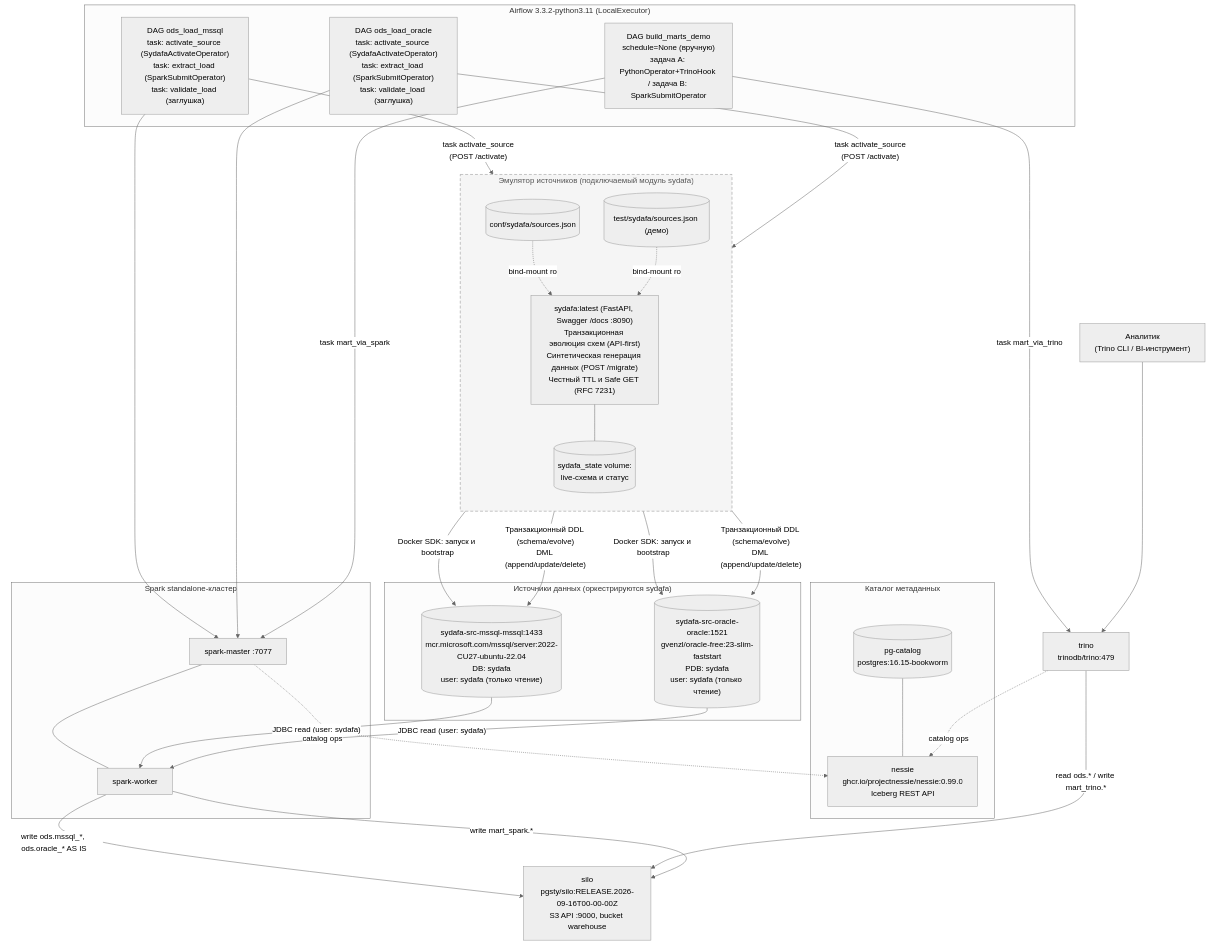
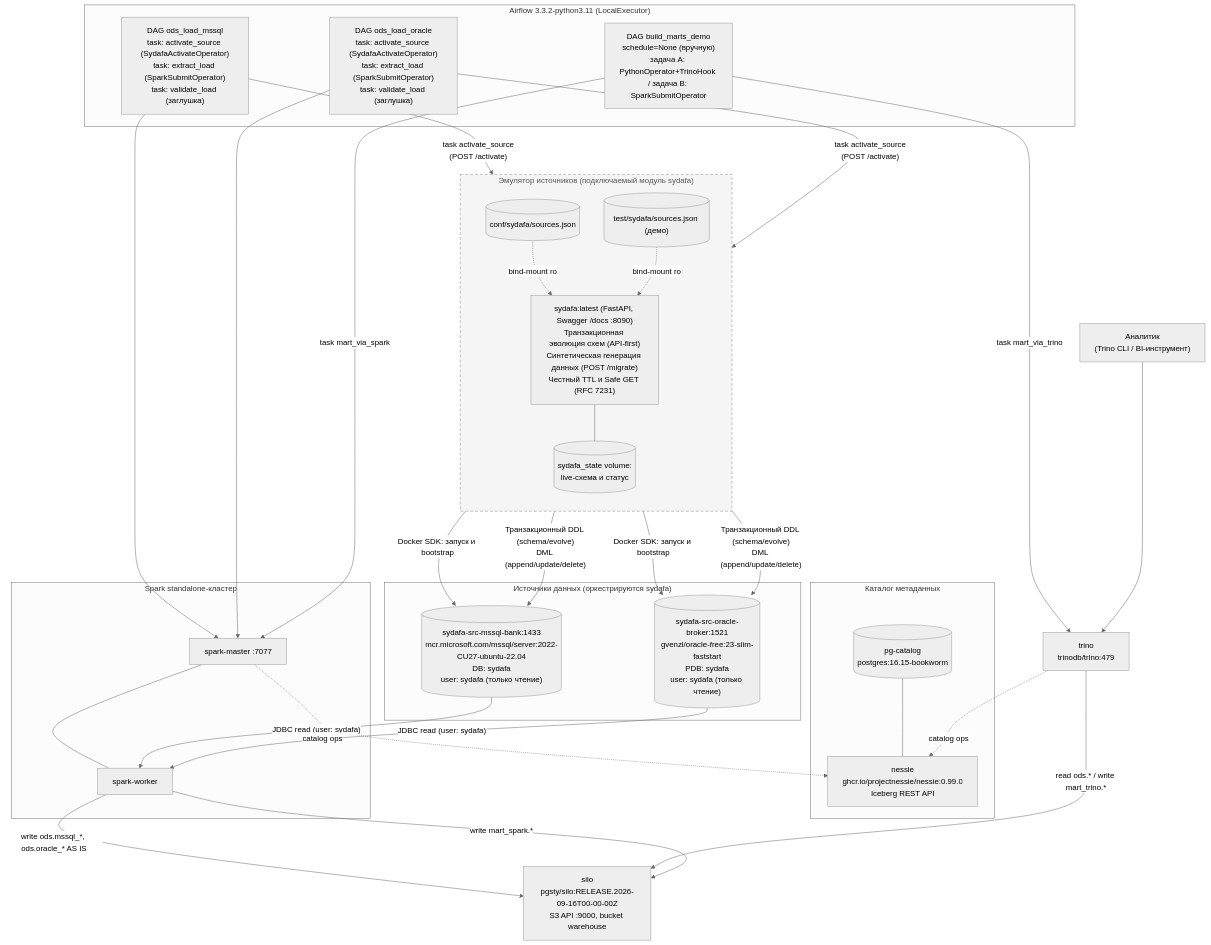
Before and after one commit to georgekochergin/datalake_stand: the diagram in README.md, drawn with Mermaid (neutral theme). The commit also changed other lines of this file and 3 other files, not shown here.

````diff
--- a/README.md
+++ b/README.md
@@ -26,67 +26,67 @@
 ```mermaid
 flowchart TB
     ANALYST["Аналитик\n(Trino CLI / BI-инструмент)"]
 
     subgraph Sources["Источники данных (оркестрируются sydafa)"]
-        MSSQL[("sydafa-src-mssql-mssql:1433\nmcr.microsoft.com/mssql/server:2022-CU27-ubuntu-22.04\nDB: sydafa\nuser: sydafa (только чтение)")]
-        ORA[("sydafa-src-oracle-oracle:1521\ngvenzl/oracle-free:23-slim-faststart\nPDB: sydafa\nuser: sydafa (только чтение)")]
+        MSSQL[("sydafa-src-mssql-bank:1433\nmcr.microsoft.com/mssql/server:2022-CU27-ubuntu-22.04\nDB: sydafa\nuser: sydafa (только чтение)")]
+        ORA[("sydafa-src-oracle-broker:1521\ngvenzl/oracle-free:23-slim-faststart\nPDB: sydafa\nuser: sydafa (только чтение)")]
     end
 
     subgraph SydafaService["Эмулятор источников (подключаемый модуль sydafa)"]
         direction TB
         CFG1[("conf/sydafa/sources.json")]
         CFG2[("test/sydafa/sources.json (демо)")]
         API["sydafa:latest (FastAPI, Swagger /docs :8090)\nТранзакционная эволюция схем (API-first)\nСинтетическая генерация данных (POST /migrate)\nЧестный TTL и Safe GET (RFC 7231)"]
         STATE[("sydafa_state volume:\nlive-схема и статус")]
         CFG1 -. "bind-mount ro" .-> API
         CFG2 -. "bind-mount ro" .-> API
         API --- STATE
     end
 
     subgraph Catalog["Каталог метаданных"]
         PGC[("pg-catalog\npostgres:16.15-bookworm")]
         NESSIE["nessie\nghcr.io/projectnessie/nessie:0.99.0\nIceberg REST API"]
         PGC --- NESSIE
     end
 
     SILO["silo\npgsty/silo:RELEASE.2026-09-16T00-00-00Z\nS3 API :9000, bucket warehouse"]
 
     subgraph SparkCluster["Spark standalone-кластер"]
         SM["spark-master :7077"]
         SW["spark-worker"]
         SM --- SW
     end
 
     TRINO["trino\ntrinodb/trino:479"]
 
     subgraph Orchestration["Airflow 3.3.2-python3.11 (LocalExecutor)"]
         D1["DAG ods_load_mssql\ntask: activate_source (SydafaActivateOperator)\ntask: extract_load (SparkSubmitOperator)\ntask: validate_load (заглушка)"]
         D2["DAG ods_load_oracle\ntask: activate_source (SydafaActivateOperator)\ntask: extract_load (SparkSubmitOperator)\ntask: validate_load (заглушка)"]
         D3["DAG build_marts_demo\nschedule=None (вручную)\nзадача A: PythonOperator+TrinoHook / задача B: SparkSubmitOperator"]
     end
 
     API -- "Docker SDK: запуск и bootstrap" --> MSSQL
     API -- "Docker SDK: запуск и bootstrap" --> ORA
     API -- "Транзакционный DDL (schema/evolve)\nDML (append/update/delete)" --> MSSQL
     API -- "Транзакционный DDL (schema/evolve)\nDML (append/update/delete)" --> ORA
 
     D1 -- "task activate_source\n(POST /activate)" --> API
     D2 -- "task activate_source\n(POST /activate)" --> API
 
     D1 --> SM
     D2 --> SM
     MSSQL -- "JDBC read (user: sydafa)" --> SW
     ORA -- "JDBC read (user: sydafa)" --> SW
     SW -- "write ods.mssql_*, ods.oracle_* AS IS" --> SILO
     SM -. "catalog ops" .-> NESSIE
 
     D3 -- "task mart_via_trino" --> TRINO
     D3 -- "task mart_via_spark" --> SM
     TRINO -. "catalog ops" .-> NESSIE
     TRINO -- "read ods.* / write mart_trino.*" --> SILO
     SW -- "write mart_spark.*" --> SILO
 
     ANALYST --> TRINO
 
     style SydafaService stroke-dasharray: 6 4,stroke:#888,fill:#f5f5f5,color:#555
 ```
````
